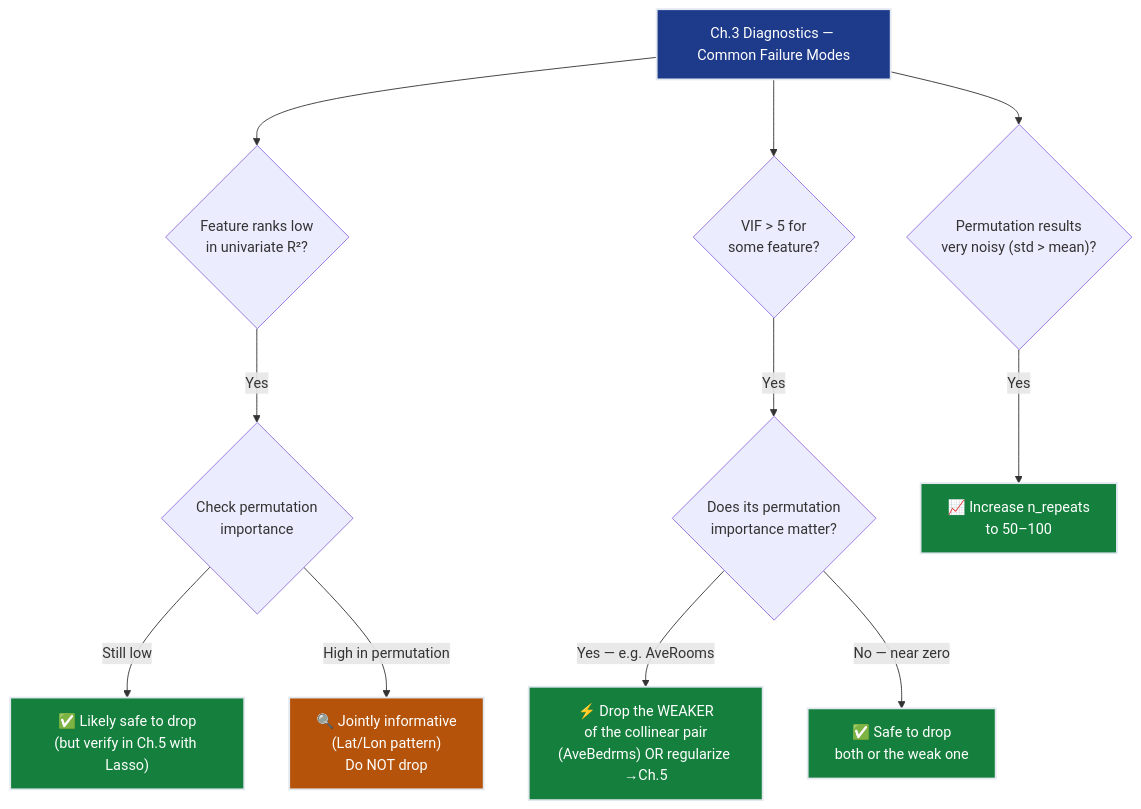
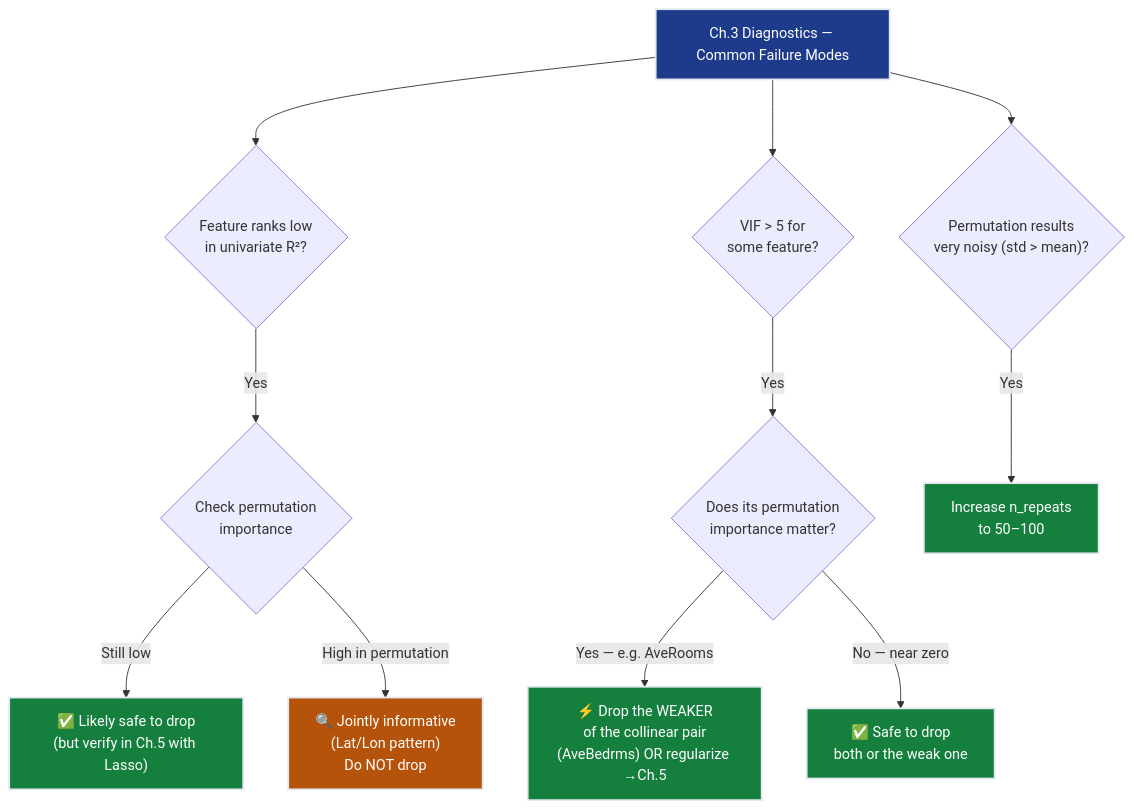
Before and after one commit to deepakshamsft/ai-portfolio: the second of 3 diagrams in notes/ML/01-Regression/ch03-feature-importance/README.md, drawn with Mermaid. The commit also changed other lines of this file and 50 other files, not shown here.

````diff
--- a/notes/ML/01-Regression/ch03-feature-importance/README.md
+++ b/notes/ML/01-Regression/ch03-feature-importance/README.md
@@ -1002,22 +981,22 @@
 ```mermaid
 flowchart TD
     CHECK["Ch.3 Diagnostics — Common Failure Modes"] --> Q1{"Feature ranks low\nin univariate R²?"}
     Q1 -->|"Yes"| Q2{"Check permutation\nimportance"}
     Q2 -->|"Still low"| SAFE["✅ Likely safe to drop\n(but verify in Ch.5 with Lasso)"]
     Q2 -->|"High in permutation"| JOINT["🔍 Jointly informative\n(Lat/Lon pattern)\nDo NOT drop"]
 
     CHECK --> Q3{"VIF > 5 for\nsome feature?"}
     Q3 -->|"Yes"| Q4{"Does its permutation\nimportance matter?"}
     Q4 -->|"Yes — e.g. AveRooms"| FIX1["⚡ Drop the WEAKER\nof the collinear pair\n(AveBedrms) OR regularize →Ch.5"]
     Q4 -->|"No — near zero"| FIX2["✅ Safe to drop\nboth or the weak one"]
 
     CHECK --> Q5{"Permutation results\nvery noisy (std > mean)?"}
-    Q5 -->|"Yes"| FIX3["📈 Increase n_repeats\nto 50–100"]
+    Q5 -->|"Yes"| FIX3["Increase n_repeats\nto 50–100"]
 
     style CHECK fill:#1e3a8a,stroke:#e2e8f0,stroke-width:2px,color:#ffffff
     style SAFE fill:#15803d,stroke:#e2e8f0,stroke-width:2px,color:#ffffff
     style JOINT fill:#b45309,stroke:#e2e8f0,stroke-width:2px,color:#ffffff
     style FIX1 fill:#15803d,stroke:#e2e8f0,stroke-width:2px,color:#ffffff
     style FIX2 fill:#15803d,stroke:#e2e8f0,stroke-width:2px,color:#ffffff
     style FIX3 fill:#15803d,stroke:#e2e8f0,stroke-width:2px,color:#ffffff
 ```
````
